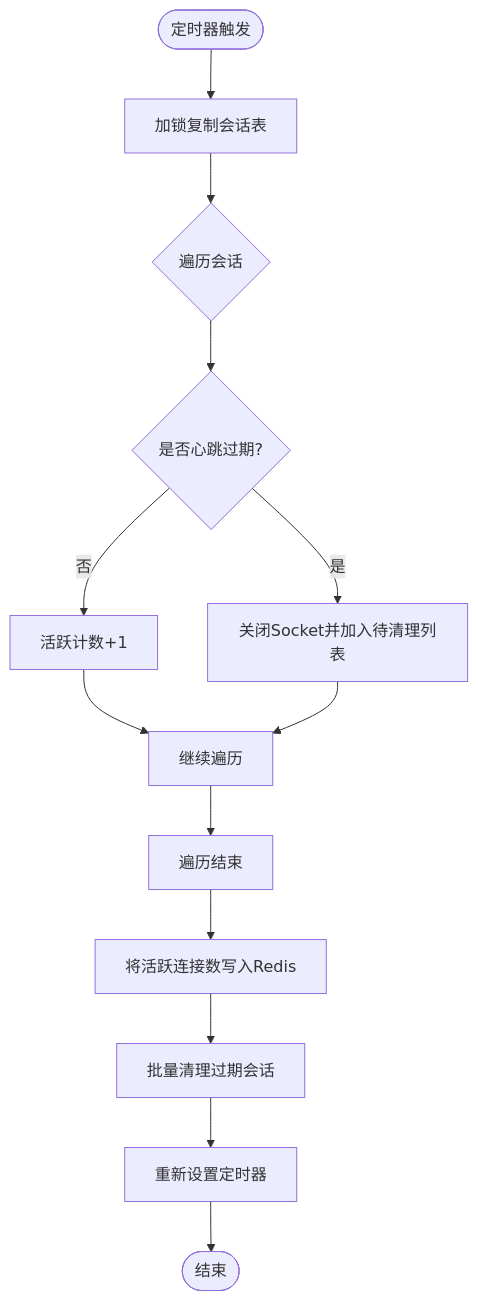
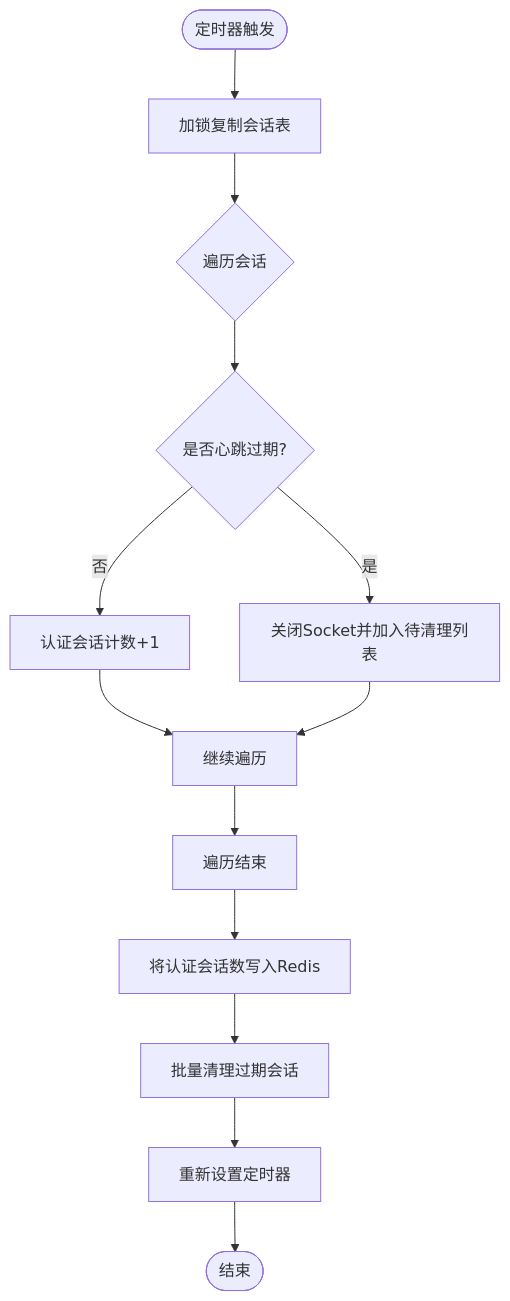
One commit to echo9923/mychatter changed the third of 6 diagrams in .qoder/repowiki/zh/content/性能优化/性能监控与分析.md. Above: the diagram before and after it, drawn with Mermaid. The commit also changed other lines of this file and 107 other files, not shown here.

````diff
--- a/.qoder/repowiki/zh/content/性能优化/性能监控与分析.md
+++ b/.qoder/repowiki/zh/content/性能优化/性能监控与分析.md
@@ -141,15 +151,15 @@
 ```mermaid
 flowchart TD
 Start(["定时器触发"]) --> Lock["加锁复制会话表"]
 Lock --> Scan{"遍历会话"}
 Scan --> Expired{"是否心跳过期?"}
 Expired --> |是| Close["关闭Socket并加入待清理列表"]
-Expired --> |否| Count["活跃计数+1"]
+Expired --> |否| Count["认证会话计数+1"]
 Count --> NextScan["继续遍历"]
 Close --> NextScan
 NextScan --> DoneScan["遍历结束"]
-DoneScan --> WriteCount["将活跃连接数写入Redis"]
+DoneScan --> WriteCount["将认证会话数写入Redis"]
 WriteCount --> Cleanup["批量清理过期会话"]
 Cleanup --> Reschedule["重新设置定时器"]
 Reschedule --> End(["结束"])
 ```
````
